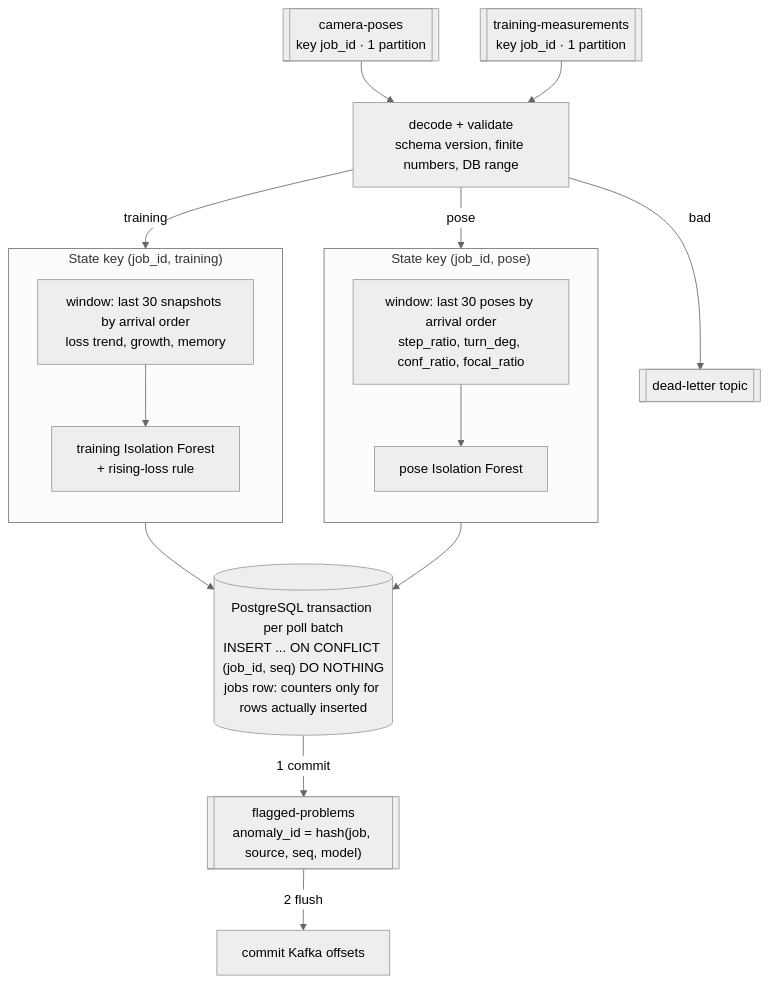
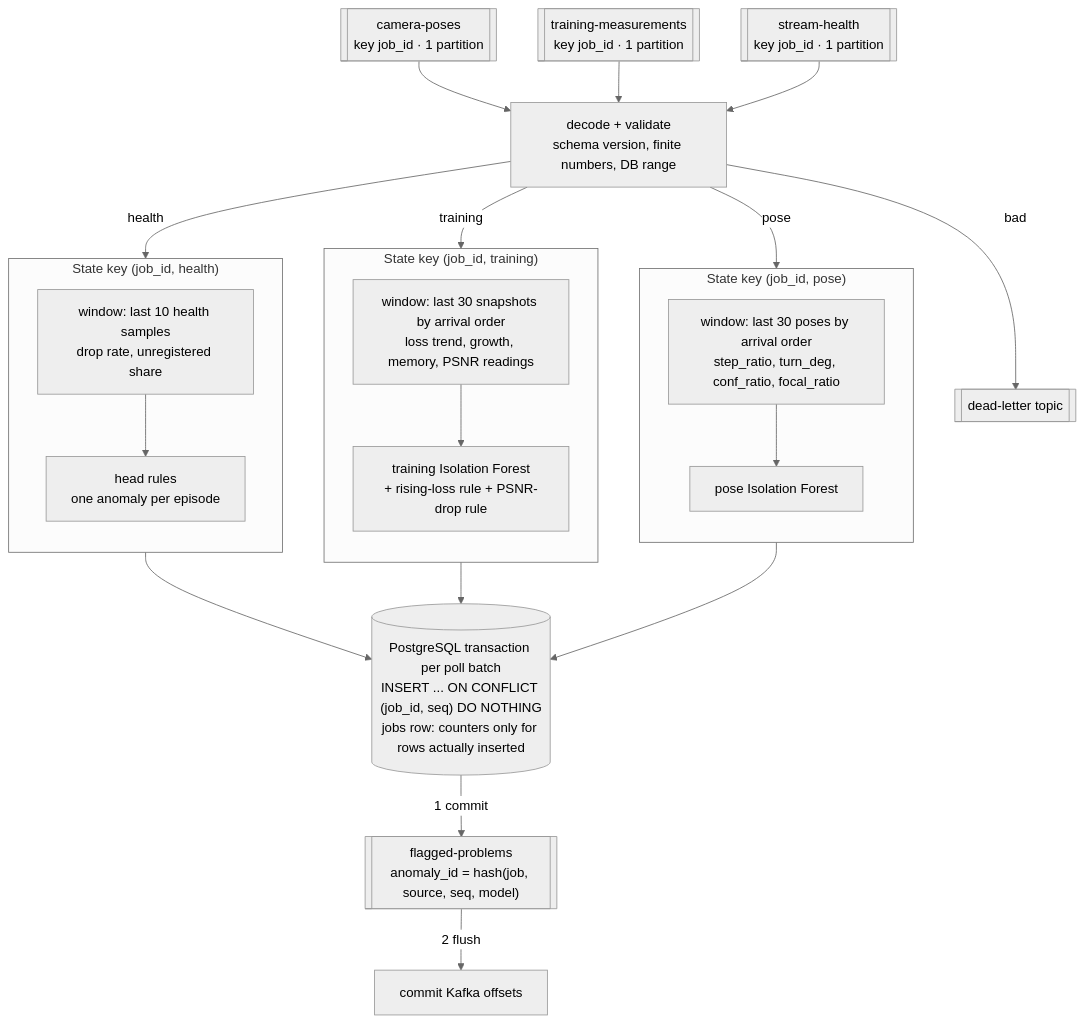
The fifth of 8 diagrams in hypersplat/streaming/docs/architecture-diagram.md (axls23/3D_world_genrator), drawn with Mermaid (neutral theme) before and after one commit. The commit also changed other lines of this file, not shown here.

Commit message:
Architecture diagram: update the existing mermaid for the health tap, PSNR and start-up; add diagrams for the two new systems

````diff
--- a/hypersplat/streaming/docs/architecture-diagram.md
+++ b/hypersplat/streaming/docs/architecture-diagram.md
@@ -190,35 +208,45 @@
 ```mermaid
 flowchart TB
     IN1[["camera-poses<br/>key job_id · 1 partition"]]
     IN2[["training-measurements<br/>key job_id · 1 partition"]]
+    IN3[["stream-health<br/>key job_id · 1 partition"]]
 
     DEC["decode + validate<br/>schema version, finite numbers, DB range"]
     DLQ[["dead-letter topic"]]
 
     subgraph PS["State key (job_id, pose)"]
         direction TB
         PW["window: last 30 poses by arrival order<br/>step_ratio, turn_deg, conf_ratio, focal_ratio"]
         PM["pose Isolation Forest"]
         PW --> PM
     end
     subgraph TS["State key (job_id, training)"]
         direction TB
-        TW["window: last 30 snapshots by arrival order<br/>loss trend, growth, memory"]
-        TM["training Isolation Forest<br/>+ rising-loss rule"]
+        TW["window: last 30 snapshots by arrival order<br/>loss trend, growth, memory, PSNR readings"]
+        TM["training Isolation Forest<br/>+ rising-loss rule + PSNR-drop rule"]
         TW --> TM
+    end
+    subgraph HSS["State key (job_id, health)"]
+        direction TB
+        HW["window: last 10 health samples<br/>drop rate, unregistered share"]
+        HM["head rules<br/>one anomaly per episode"]
+        HW --> HM
     end
 
     DB[("PostgreSQL transaction per poll batch<br/>INSERT ... ON CONFLICT (job_id, seq) DO NOTHING<br/>jobs row: counters only for rows actually inserted")]
     OFF["commit Kafka offsets"]
     OUT[["flagged-problems<br/>anomaly_id = hash(job, source, seq, model)"]]
 
     IN1 --> DEC
     IN2 --> DEC
+    IN3 --> DEC
     DEC -- "bad" --> DLQ
     DEC -- "pose" --> PW
     DEC -- "training" --> TW
+    DEC -- "health" --> HW
     PM --> DB
     TM --> DB
+    HM --> DB
     DB -- "1 commit" --> OUT
     OUT -- "2 flush" --> OFF
 ```
````
